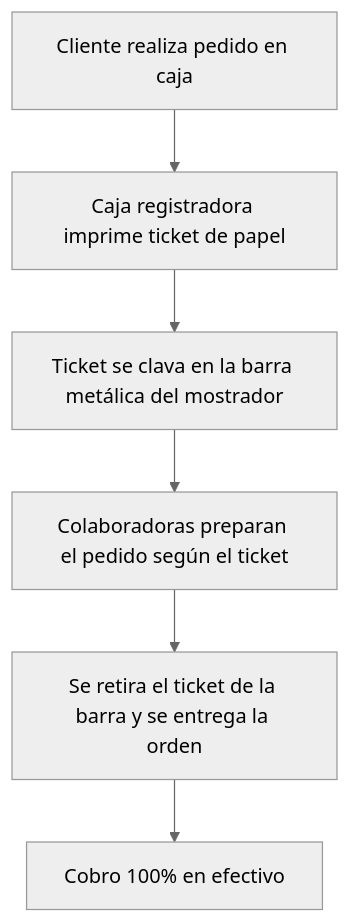
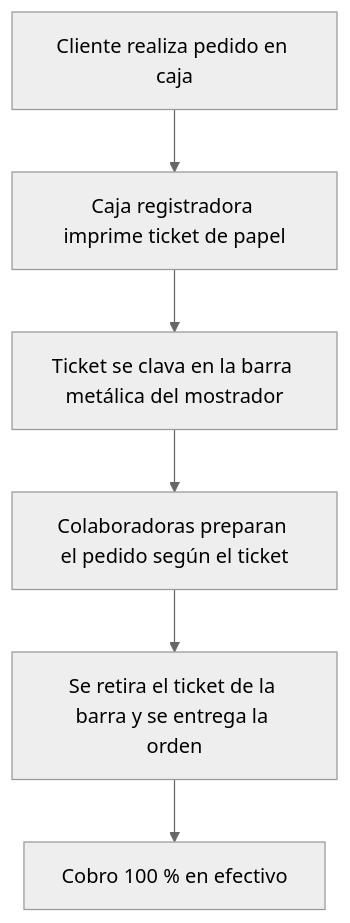
One commit to Sebsss10/proyecto2-CA-2S26-G2 changed the diagram in docs/01-recoleccion-informacion/evidencias.md. Above: the diagram before and after it, drawn with Mermaid (neutral theme). The commit also changed other lines of this file, not shown here.

````diff
--- a/docs/01-recoleccion-informacion/evidencias.md
+++ b/docs/01-recoleccion-informacion/evidencias.md
@@ -68,8 +83,8 @@
 ```mermaid
 graph TD
-    A[Cliente realiza pedido en caja] --> B[Caja registradora imprime ticket de papel]
-    B --> C[Ticket se clava en la barra metálica del mostrador]
-    C --> D[Colaboradoras preparan el pedido según el ticket]
-    D --> E[Se retira el ticket de la barra y se entrega la orden]
-    E --> F[Cobro 100% en efectivo]
+    A["Cliente realiza pedido en caja"] --> B["Caja registradora imprime ticket de papel"]
+    B --> C["Ticket se clava en la barra metálica del mostrador"]
+    C --> D["Colaboradoras preparan el pedido según el ticket"]
+    D --> E["Se retira el ticket de la barra y se entrega la orden"]
+    E --> F["Cobro 100 % en efectivo"]
 ```
````
